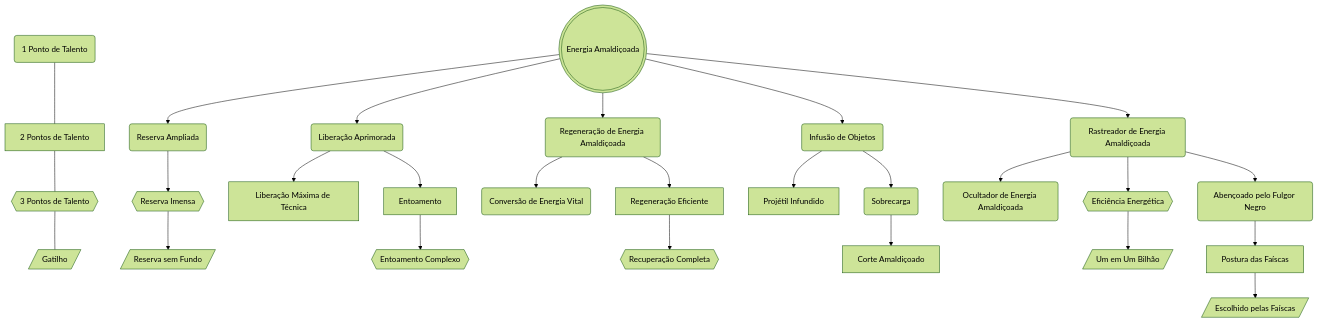
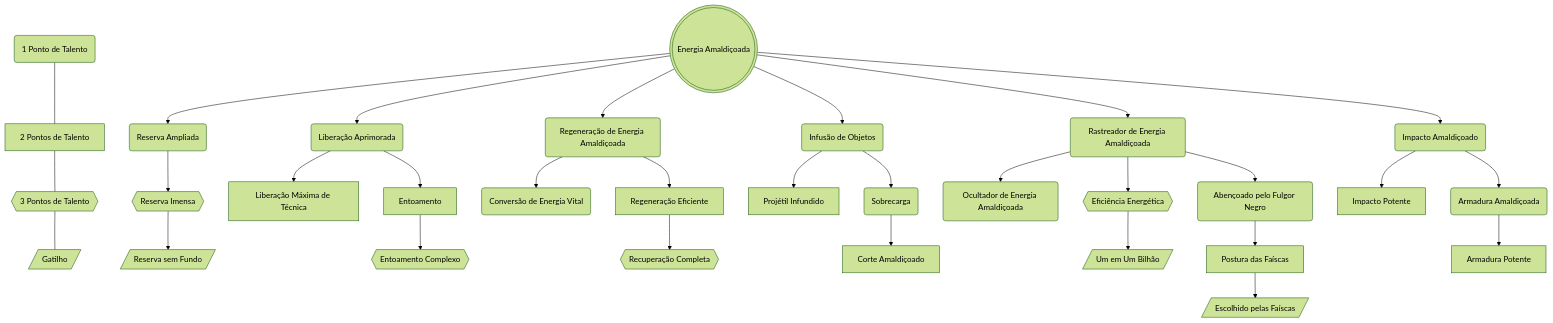
The diagram in content/Talentos/Energia Amaldiçoada.md (LuanSilveiraSouza/dnd-5e-jjk-suplement), drawn with Mermaid (forest theme) before and after one commit. The commit also changed other lines of this file and 4 other files, not shown here.

````diff
--- a/content/Talentos/Energia Amaldiçoada.md
+++ b/content/Talentos/Energia Amaldiçoada.md
@@ -1,56 +1,64 @@
 ```mermaid
 flowchart TD
 id90(1 Ponto de Talento)
 id91[2 Pontos de Talento]
 id92{{3 Pontos de Talento}}
 id93[/Gatilho/]
 id90 --- id91
 id91 --- id92
 id92 --- id93
 
 id1(((Energia Amaldiçoada)))
 id11(Reserva Ampliada)
 id12{{Reserva Imensa}}
 id13[/Reserva sem Fundo/]
 id21(Liberação Aprimorada)
 id22[Liberação Máxima de Técnica]
 id23[Entoamento]
 id24{{Entoamento Complexo}}
 id31(Regeneração de Energia Amaldiçoada)
 id32(Conversão de Energia Vital)
 id33[Regeneração Eficiente]
 id34{{Recuperação Completa}}
 id41(Infusão de Objetos)
 id42[Projétil Infundido]
 id43(Sobrecarga)
 id44[Corte Amaldiçoado]
 id51(Rastreador de Energia Amaldiçoada)
 id52(Ocultador de Energia Amaldiçoada)
 id53{{Eficiência Energética}}
 id54[/Um em Um Bilhão/]
 id55(Abençoado pelo Fulgor Negro)
 id56[Postura das Faíscas]
 id57[/Escolhido pelas Faíscas/]
+id61(Impacto Amaldiçoado)
+id62[Impacto Potente]
+id63(Armadura Amaldiçoada)
+id64[Armadura Potente]
 id1 --> id11
 id11 --> id12
 id12 --> id13
 id1 --> id21
 id21 --> id22
 id21 --> id23
 id23 --> id24
 id1 --> id31
 id31 --> id32
 id31 --> id33
 id33 --> id34
 id1 --> id41
 id41 --> id42
 id41 --> id43
 id43 --> id44
 id1 --> id51
 id51 --> id52
 id51 --> id53
 id53 --> id54
 id51 --> id55
 id55 --> id56
 id56 --> id57
+id1 --> id61
+id61 --> id62
+id61 --> id63
+id63 --> id64
 ```
````
